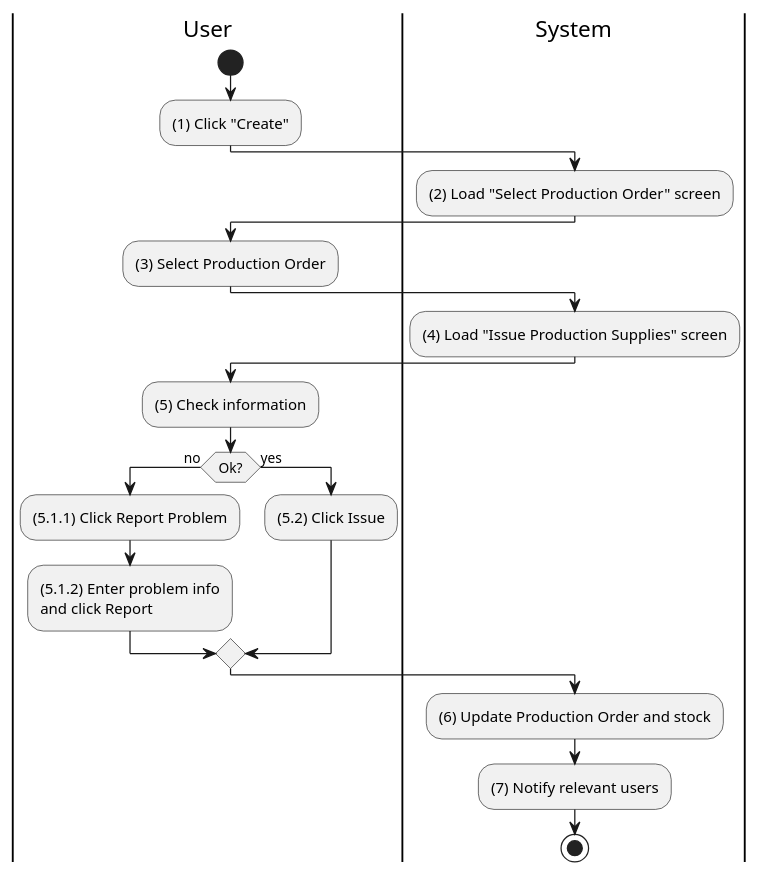
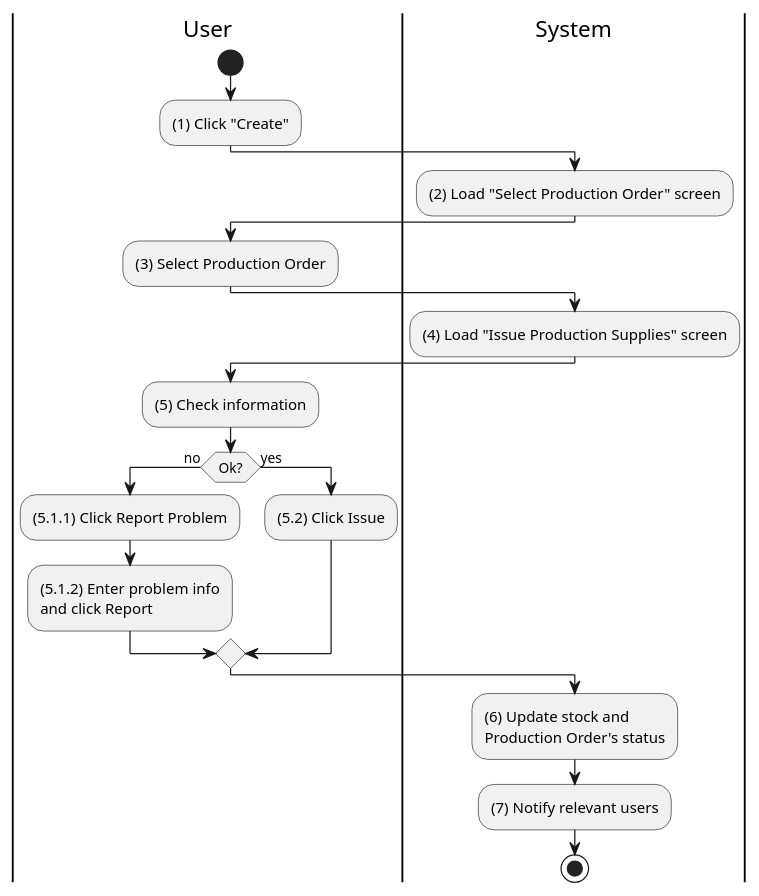
Before and after one commit to phihungha/scmss-reqs: the diagram in activities/inventory-supply-issue.plantuml, drawn with PlantUML. The commit also changed 29 other files, not shown here.

```diff
--- a/activities/inventory-supply-issue.plantuml
+++ b/activities/inventory-supply-issue.plantuml
@@ -1,34 +1,34 @@
 @startuml inventory-supply-issue
 |u|User
 |s|System
 
 |u|
 start
 :(1) Click "Create";
 
 |s|
 :(2) Load "Select Production Order" screen;
 
 |u|
 :(3) Select Production Order;
 
 |s|
 :(4) Load "Issue Production Supplies" screen;
 
 |u|
 :(5) Check information;
 
 if (Ok?) then (no)
     |u|
     :(5.1.1) Click Report Problem;
     :(5.1.2) Enter problem info\nand click Report;
 else (yes)
     |u|
     :(5.2) Click Issue;
 endif
 
 |s|
-:(6) Update Production Order and stock;
+:(6) Update stock and\nProduction Order's status;
 :(7) Notify relevant users;
 stop
 @enduml
```
